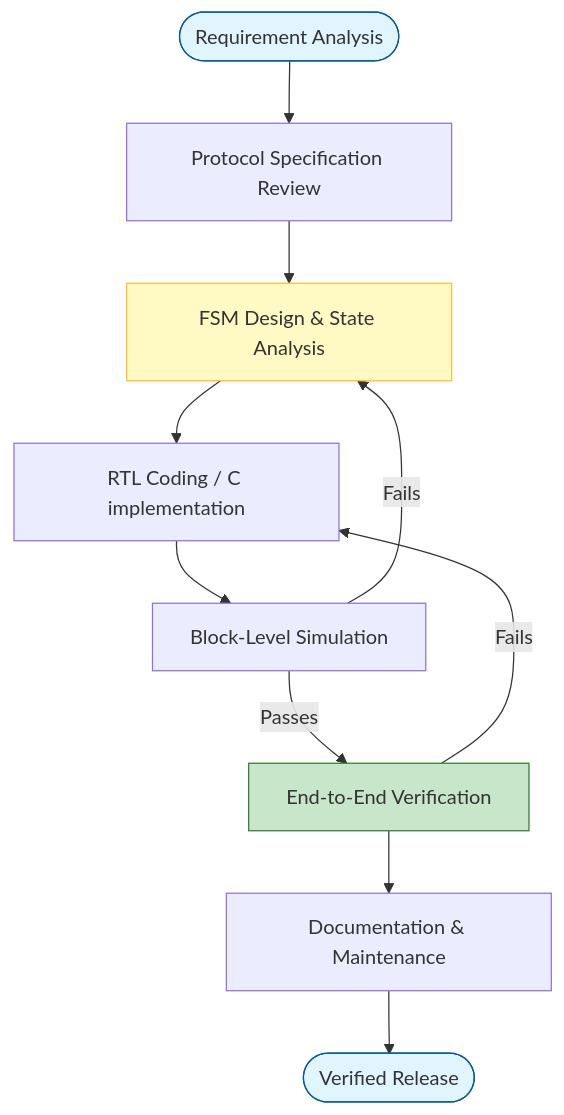
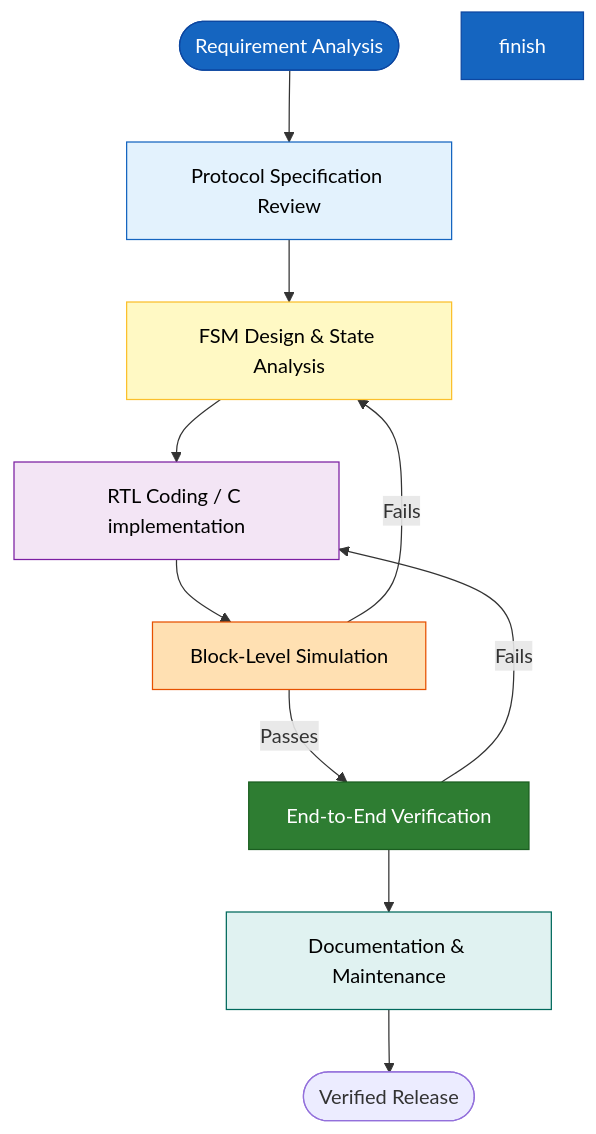
Before and after one commit to ridash2005/Communication_Protocols: the diagram in README.md, drawn with Mermaid. The commit also changed 3 other files, not shown here.

Commit message:
Update README diagrams and styles

````diff
--- a/README.md
+++ b/README.md
@@ -27,17 +27,21 @@
 ```mermaid
 graph TD
     Start([Requirement Analysis]) --> Spec[Protocol Specification Review]
     Spec --> FSM[FSM Design & State Analysis]
     FSM --> RTL[RTL Coding / C implementation]
     RTL --> Sim[Block-Level Simulation]
     Sim --> |Fails| FSM
     Sim --> |Passes| E2E[End-to-End Verification]
     E2E --> |Fails| RTL
     E2E --> Docs[Documentation & Maintenance]
     Docs --> Finish([Verified Release])
 
-    style Start fill:#e1f5fe,stroke:#01579b
-    style Finish fill:#e1f5fe,stroke:#01579b
-    style FSM fill:#fff9c4,stroke:#fbc02d
-    style E2E fill:#c8e6c9,stroke:#2e7d32
+    style Start fill:#1565c0,stroke:#0d47a1,color:#ffffff
+    style finish fill:#1565c0,stroke:#0d47a1,color:#ffffff
+    style Spec fill:#e3f2fd,stroke:#1565c0,color:#000000
+    style FSM fill:#fff9c4,stroke:#fbc02d,color:#000000
+    style RTL fill:#f3e5f5,stroke:#7b1fa2,color:#000000
+    style Sim fill:#ffe0b2,stroke:#e65100,color:#000000
+    style E2E fill:#2e7d32,stroke:#1b5e20,color:#ffffff
+    style Docs fill:#e0f2f1,stroke:#00695c,color:#000000
 ```
````
